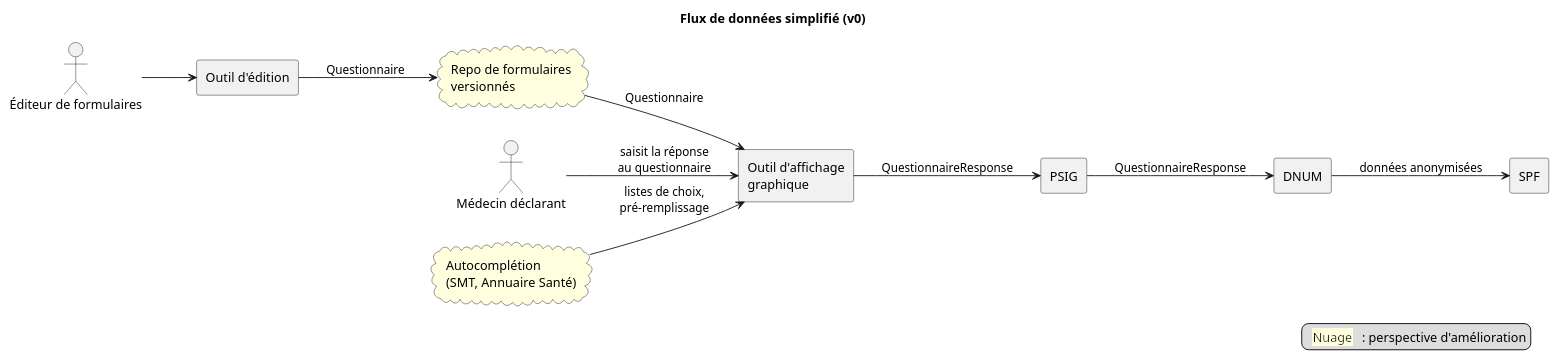
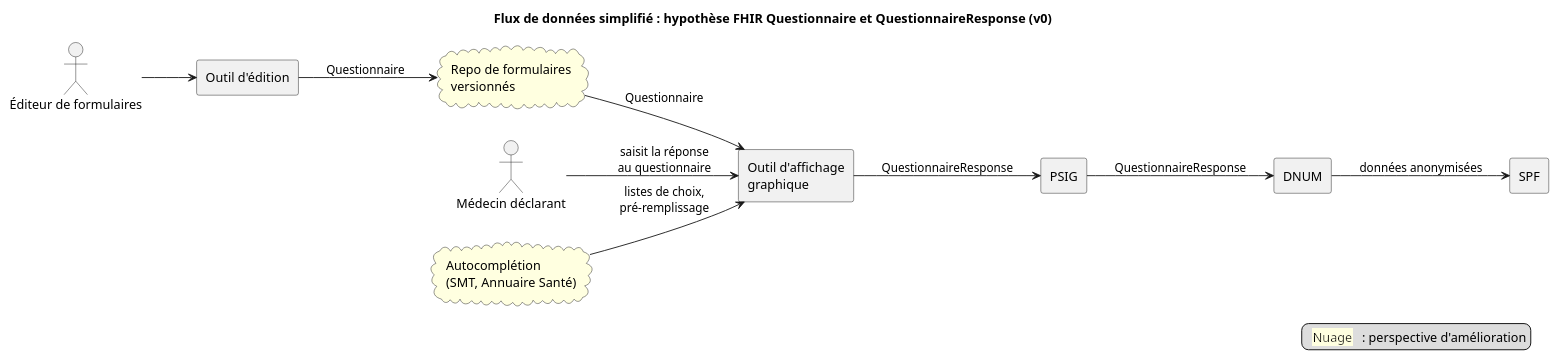
Before and after one commit to nriss/ig-test-dmso: the diagram in input/images-source/architecture-flux-donnees-simplifie.plantuml, drawn with PlantUML.

Commit message:
Architecture : titre du schéma simplifié avec l'hypothèse FHIR

```diff
--- a/input/images-source/architecture-flux-donnees-simplifie.plantuml
+++ b/input/images-source/architecture-flux-donnees-simplifie.plantuml
@@ -1,30 +1,30 @@
 @startuml
 ' Version 0 - à améliorer
-title Flux de données simplifié (v0)
+title Flux de données simplifié : hypothèse FHIR Questionnaire et QuestionnaireResponse (v0)
 
 left to right direction
 
 actor "Éditeur de formulaires" as ED
 actor "Médecin déclarant" as PS
 
 rectangle "Outil d'édition" as FD
 cloud "Repo de formulaires\nversionnés" as FM #LightYellow
 rectangle "Outil d'affichage\ngraphique" as FF
 cloud "Autocomplétion\n(SMT, Annuaire Santé)" as AC #LightYellow
 rectangle "PSIG" as PSIG
 rectangle "DNUM" as DNUM
 rectangle "SPF" as SPF
 
 ED --> FD
 FD --> FM : Questionnaire
 FM --> FF : Questionnaire
 AC --> FF : listes de choix,\npré-remplissage
 PS --> FF : saisit la réponse\nau questionnaire
 FF --> PSIG : QuestionnaireResponse
 PSIG --> DNUM : QuestionnaireResponse
 DNUM --> SPF : données anonymisées
 
 legend right
   <back:LightYellow>  Nuage  </back> : perspective d'amélioration
 endlegend
 @enduml
```
